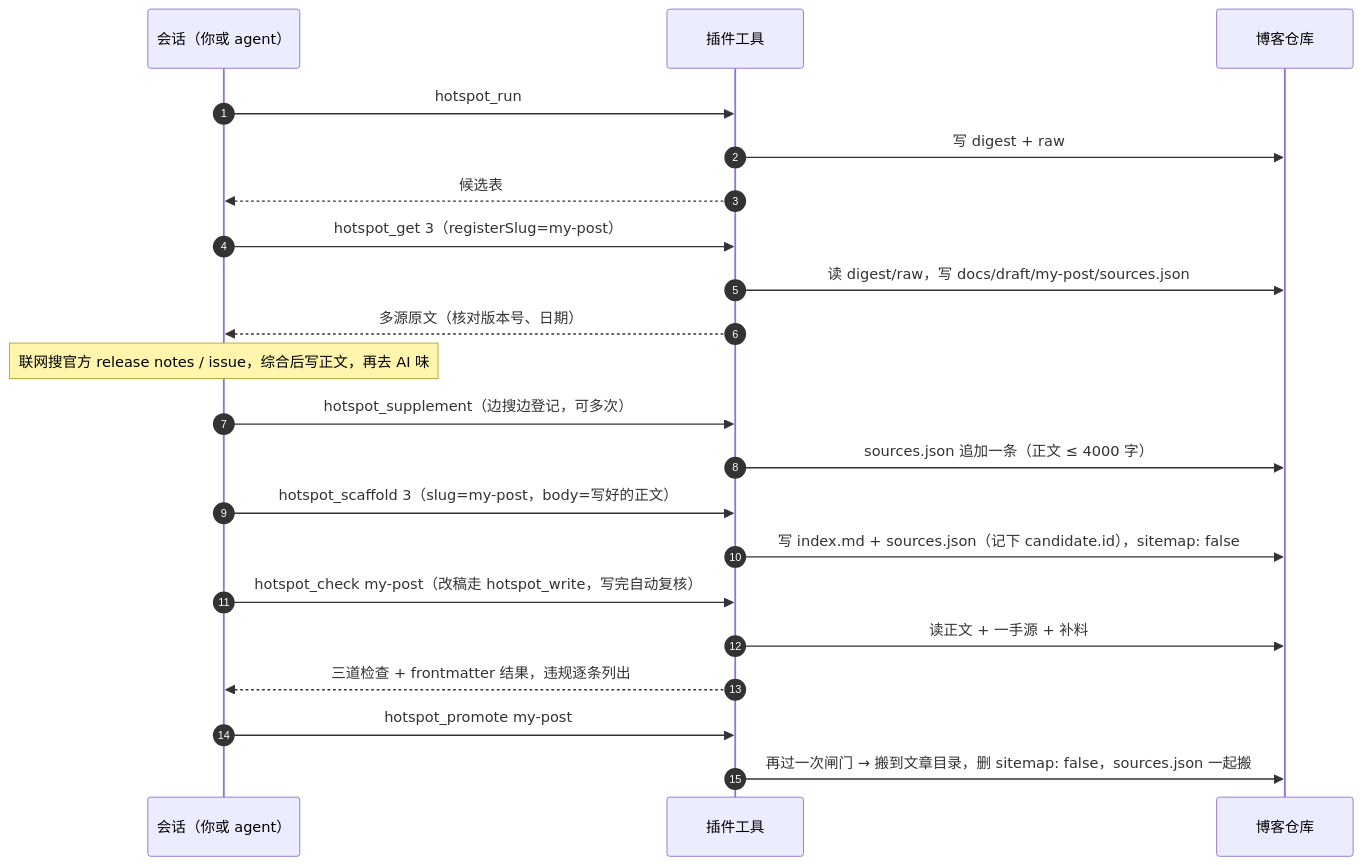
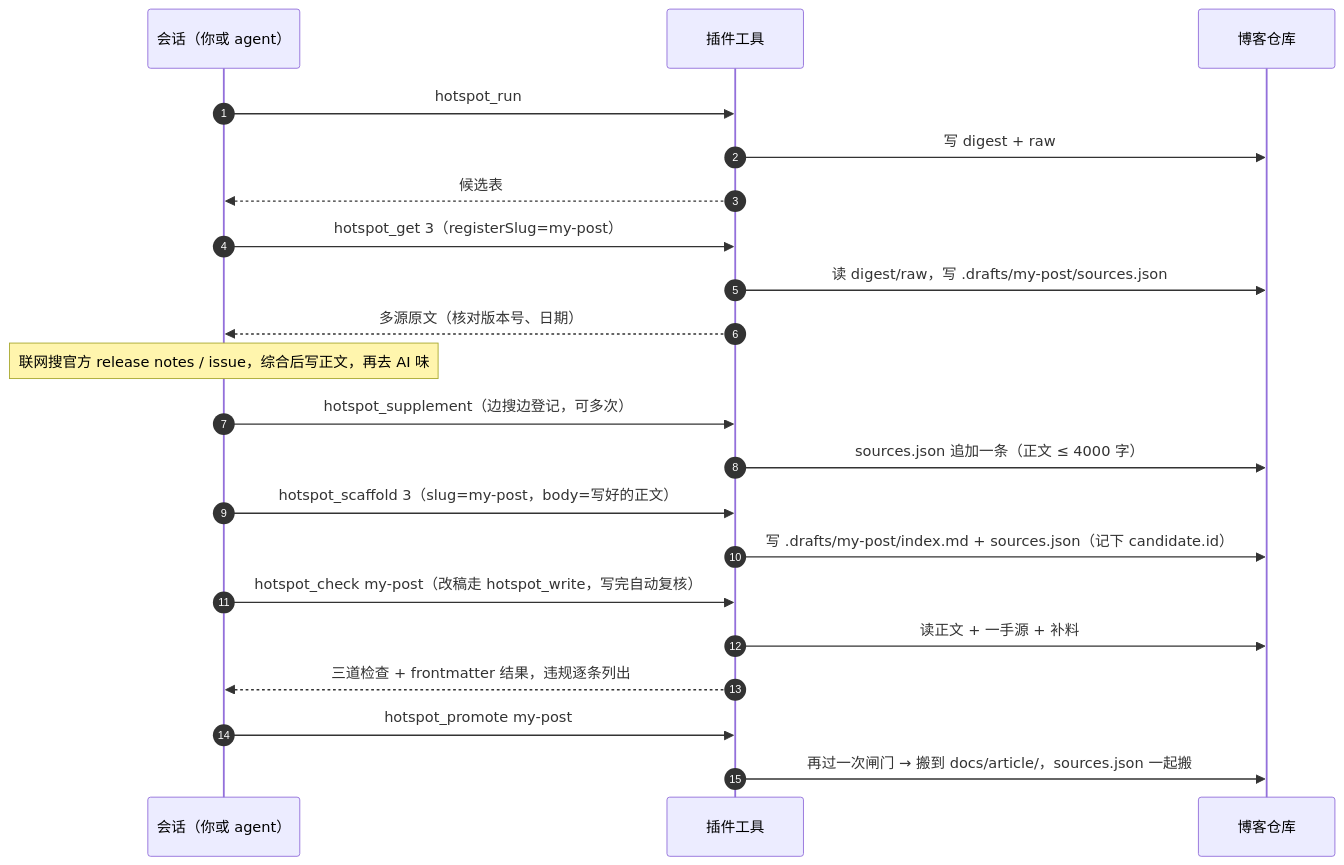
One commit to swiftdo/dsh-hotspot changed the second of 4 diagrams in README.md. Above: the diagram before and after it, drawn with Mermaid. The commit also changed other lines of this file and 5 other files, not shown here.

First line of the commit message:
feat: 草稿默认移出站点目录（.drafts/），sitemap 字段改为条件写

````diff
--- a/README.md
+++ b/README.md
@@ -87,30 +89,30 @@
 ```mermaid
 sequenceDiagram
   autonumber
   participant U as 会话（你或 agent）
   participant T as 插件工具
   participant B as 博客仓库
 
   U->>T: hotspot_run
   T->>B: 写 digest + raw
   T-->>U: 候选表
 
   U->>T: hotspot_get 3（registerSlug=my-post）
-  T->>B: 读 digest/raw，写 docs/draft/my-post/sources.json
+  T->>B: 读 digest/raw，写 .drafts/my-post/sources.json
   T-->>U: 多源原文（核对版本号、日期）
 
   Note over U: 联网搜官方 release notes / issue，综合后写正文，再去 AI 味
 
   U->>T: hotspot_supplement（边搜边登记，可多次）
   T->>B: sources.json 追加一条（正文 ≤ 4000 字）
 
   U->>T: hotspot_scaffold 3（slug=my-post，body=写好的正文）
-  T->>B: 写 index.md + sources.json（记下 candidate.id），sitemap: false
+  T->>B: 写 .drafts/my-post/index.md + sources.json（记下 candidate.id）
 
   U->>T: hotspot_check my-post（改稿走 hotspot_write，写完自动复核）
   T->>B: 读正文 + 一手源 + 补料
   T-->>U: 三道检查 + frontmatter 结果，违规逐条列出
 
   U->>T: hotspot_promote my-post
-  T->>B: 再过一次闸门 → 搬到文章目录，删 sitemap: false，sources.json 一起搬
+  T->>B: 再过一次闸门 → 搬到 docs/article/，sources.json 一起搬
 ```
````
